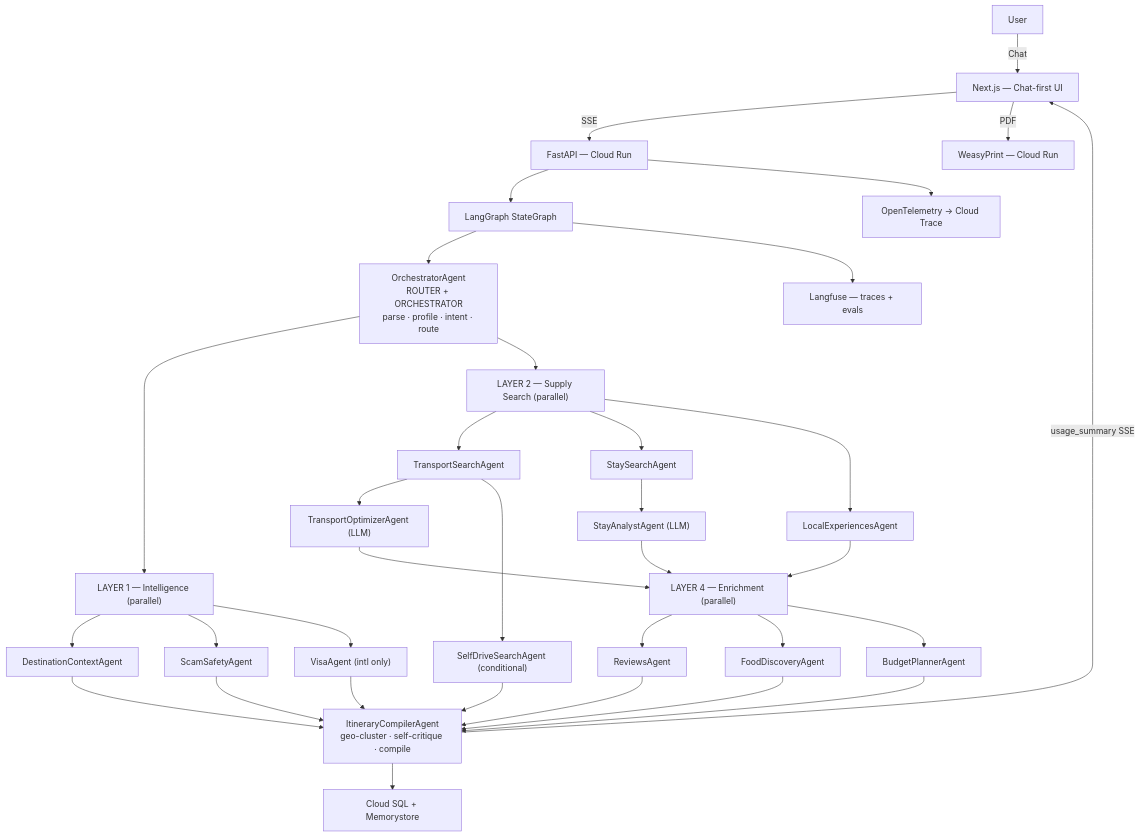
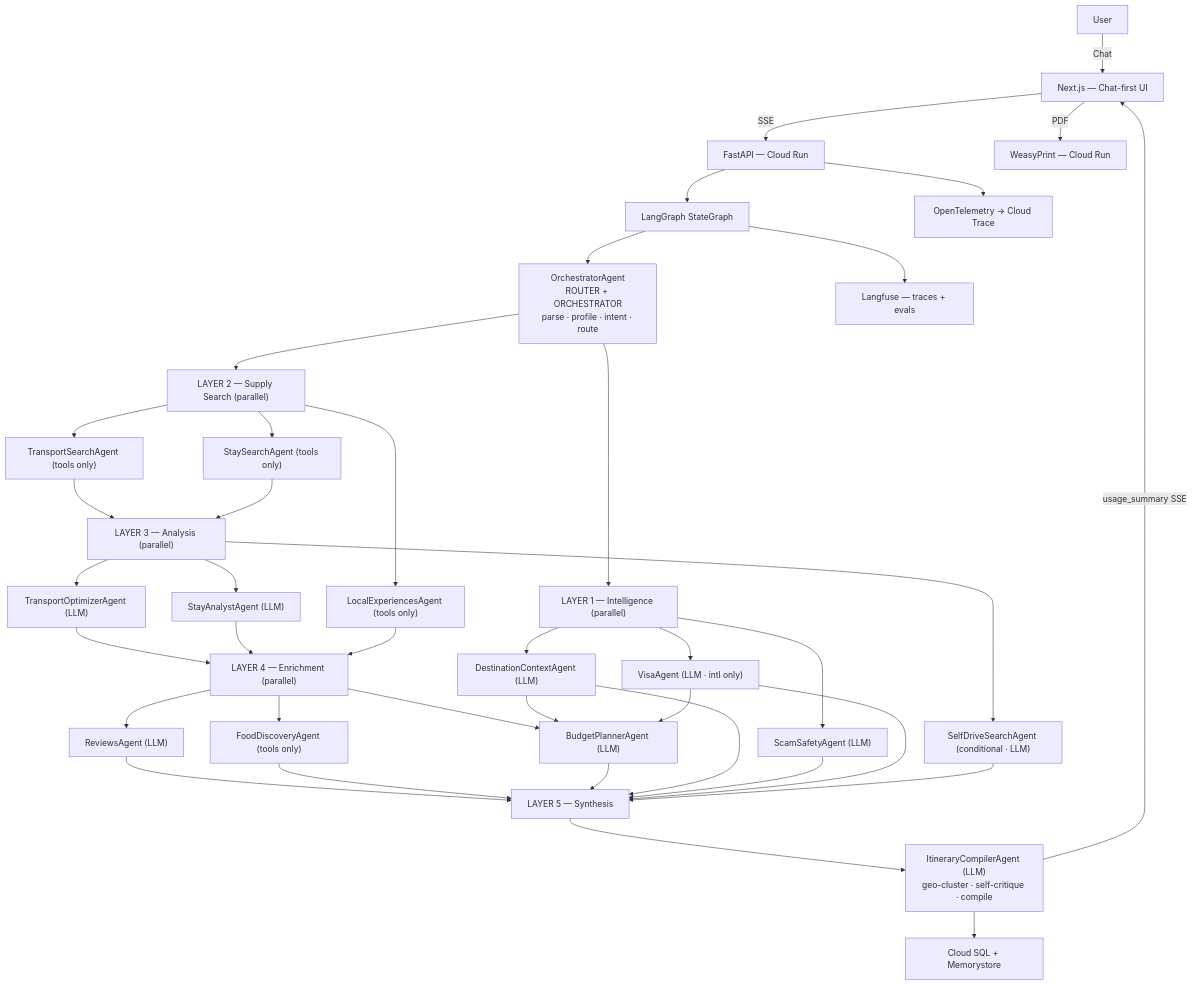
Before and after one commit to thecoducer/TravelCopilot: the first of 3 diagrams in plan.md, drawn with Mermaid. The commit also changed 6 other files, not shown here.

````diff
--- a/plan.md
+++ b/plan.md
@@ -34,45 +34,52 @@
 ```mermaid
 graph TD
     User -->|Chat| FE["Next.js — Chat-first UI"]
     FE -->|SSE| API["FastAPI — Cloud Run"]
     API --> LG["LangGraph StateGraph"]
 
     LG --> OA["OrchestratorAgent\nROUTER + ORCHESTRATOR\nparse · profile · intent · route"]
 
     OA --> L1["LAYER 1 — Intelligence (parallel)"]
     OA --> L2["LAYER 2 — Supply Search (parallel)"]
 
-    L1 --> DCA["DestinationContextAgent"]
-    L1 --> SCA["ScamSafetyAgent"]
-    L1 --> VA["VisaAgent (intl only)"]
+    L1 --> DCA["DestinationContextAgent (LLM)"]
+    L1 --> SCA["ScamSafetyAgent (LLM)"]
+    L1 --> VA["VisaAgent (LLM · intl only)"]
 
-    L2 --> TSA["TransportSearchAgent"]
-    L2 --> SSA["StaySearchAgent"]
-    L2 --> LEA["LocalExperiencesAgent"]
+    L2 --> TSA["TransportSearchAgent (tools only)"]
+    L2 --> SSA["StaySearchAgent (tools only)"]
+    L2 --> LEA["LocalExperiencesAgent (tools only)"]
 
-    TSA --> TOA["TransportOptimizerAgent (LLM)"]
-    SSA --> SAA["StayAnalystAgent (LLM)"]
-    TSA --> SDSA["SelfDriveSearchAgent (conditional)"]
+    TSA --> L3["LAYER 3 — Analysis (parallel)"]
+    SSA --> L3
+
+    L3 --> TOA["TransportOptimizerAgent (LLM)"]
+    L3 --> SAA["StayAnalystAgent (LLM)"]
+    L3 --> SDSA["SelfDriveSearchAgent (conditional · LLM)"]
 
     TOA --> L4["LAYER 4 — Enrichment (parallel)"]
     SAA --> L4
     LEA --> L4
 
-    L4 --> RA["ReviewsAgent"]
-    L4 --> FDA["FoodDiscoveryAgent"]
-    L4 --> BPA["BudgetPlannerAgent"]
+    L4 --> RA["ReviewsAgent (LLM)"]
+    L4 --> FDA["FoodDiscoveryAgent (tools only)"]
+    L4 --> BPA["BudgetPlannerAgent (LLM)"]
+    DCA --> BPA
+    VA --> BPA
 
-    RA --> IC["ItineraryCompilerAgent\ngeo-cluster · self-critique · compile"]
-    FDA --> IC
-    BPA --> IC
-    DCA --> IC
-    SCA --> IC
-    VA --> IC
-    SDSA --> IC
+    RA --> L5["LAYER 5 — Synthesis"]
+    FDA --> L5
+    BPA --> L5
+    DCA --> L5
+    SCA --> L5
+    VA --> L5
+    SDSA --> L5
+
+    L5 --> IC["ItineraryCompilerAgent (LLM)\ngeo-cluster · self-critique · compile"]
 
     IC --> DB["Cloud SQL + Memorystore"]
     IC -->|usage_summary SSE| FE
     FE -->|PDF| PDF["WeasyPrint — Cloud Run"]
     API --> OTel["OpenTelemetry → Cloud Trace"]
     LG --> LF["Langfuse — traces + evals"]
 ```
````
